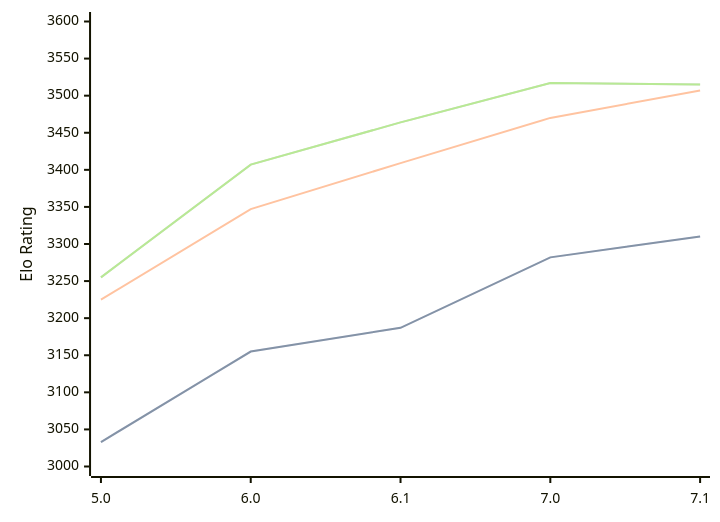
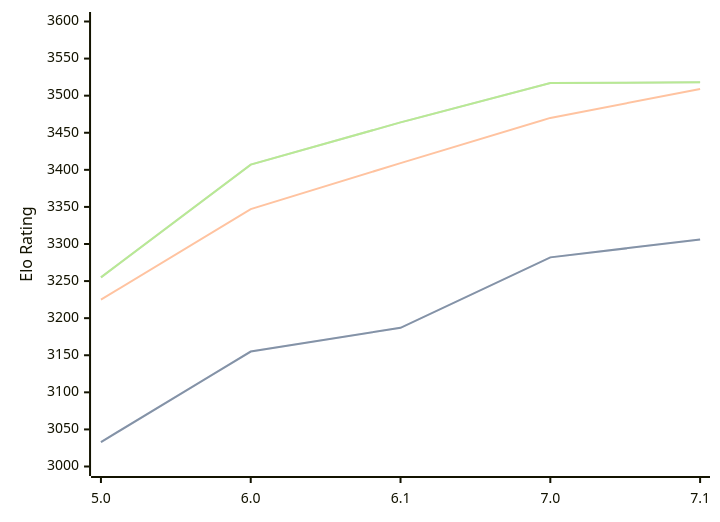
Before and after one commit to computer-chess-index/cci: the diagram in engines/PZChessBot.md, drawn with Mermaid. The commit also changed other lines of this file, not shown here.

Commit message:
Update CCI Ratings (ELO VLTC) - 2026-07-21

````diff
--- a/engines/PZChessBot.md
+++ b/engines/PZChessBot.md
@@ -44,11 +44,11 @@
 ```mermaid
 %%{init: {"theme":"base","themeVariables":{"seriesColors:['#a3a3a3','#222221','#faa371']}}}%%
 xychart-beta
   x-axis ["5.0", "6.0", "6.1", "7.0", "7.1"]
   y-axis "Elo Rating" 3000 --> 3600
-  line "STC (8.0+0.08s)" [3033, 3155, 3187, 3282, 3310]
-  line "STC (8.0+0.08s)" [3033, 3155, 3187, 3282, 3310]
-  line "LTC (60.0+0.60s)" [3225, 3347, 3409, 3470, 3507]
-  line "VLTC (2m24s+1.12s)" [3255, 3407, 3464, 3517, 3515]
-  line "VLTC (2m24s+1.12s)" [3255, 3407, 3464, 3517, 3515]
+  line "STC (8.0+0.08s)" [3033, 3155, 3187, 3282, 3306]
+  line "STC (8.0+0.08s)" [3033, 3155, 3187, 3282, 3306]
+  line "LTC (60.0+0.60s)" [3225, 3347, 3409, 3470, 3509]
+  line "VLTC (2m24s+1.12s)" [3255, 3407, 3464, 3517, 3518]
+  line "VLTC (2m24s+1.12s)" [3255, 3407, 3464, 3517, 3518]
 ```
````
